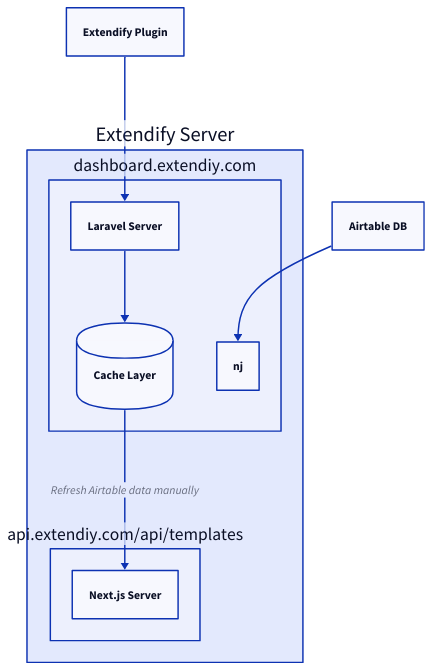
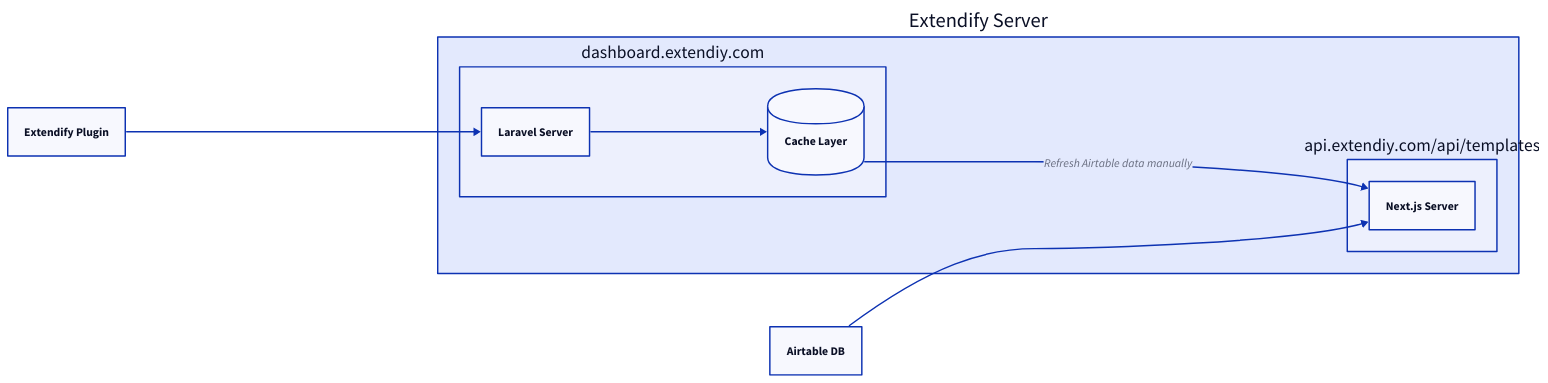
The diagram in d2/file.d2 (dgwyer/myapp), drawn with D2 before and after one commit.

Commit message:
try to render

```diff
--- a/d2/file.d2
+++ b/d2/file.d2
@@ -1,30 +1,32 @@
+direction: right
+
 a: Extendify Plugin
 b: Airtable DB
 
 extendifyServer: {
   label: Extendify Server
 
   dashboardServer: {
     label: dashboard.extendiy.com
     ls: Laravel Server
     cl: Cache Layer
     cl.shape: cylinder
 
     ls -> cl
   }
 
   apiServer:  {
     label: api.extendiy.com/api/templates
     nj: Next.js Server
 
     # _.dashboardServer.ls -> nj
   }
 
   # dashboardServer -> apiServer
   # dashboardServer.ls -> apiServer.nj: Custom connector label
   dashboardServer.cl -> apiServer.nj: Refresh Airtable data manually
 }
 
 # a -> dashboardServer: API request
 a -> extendifyServer.dashboardServer.ls
-b -> extendifyServer.dashboardServer.nj
+b -> extendifyServer.apiServer.nj
```
